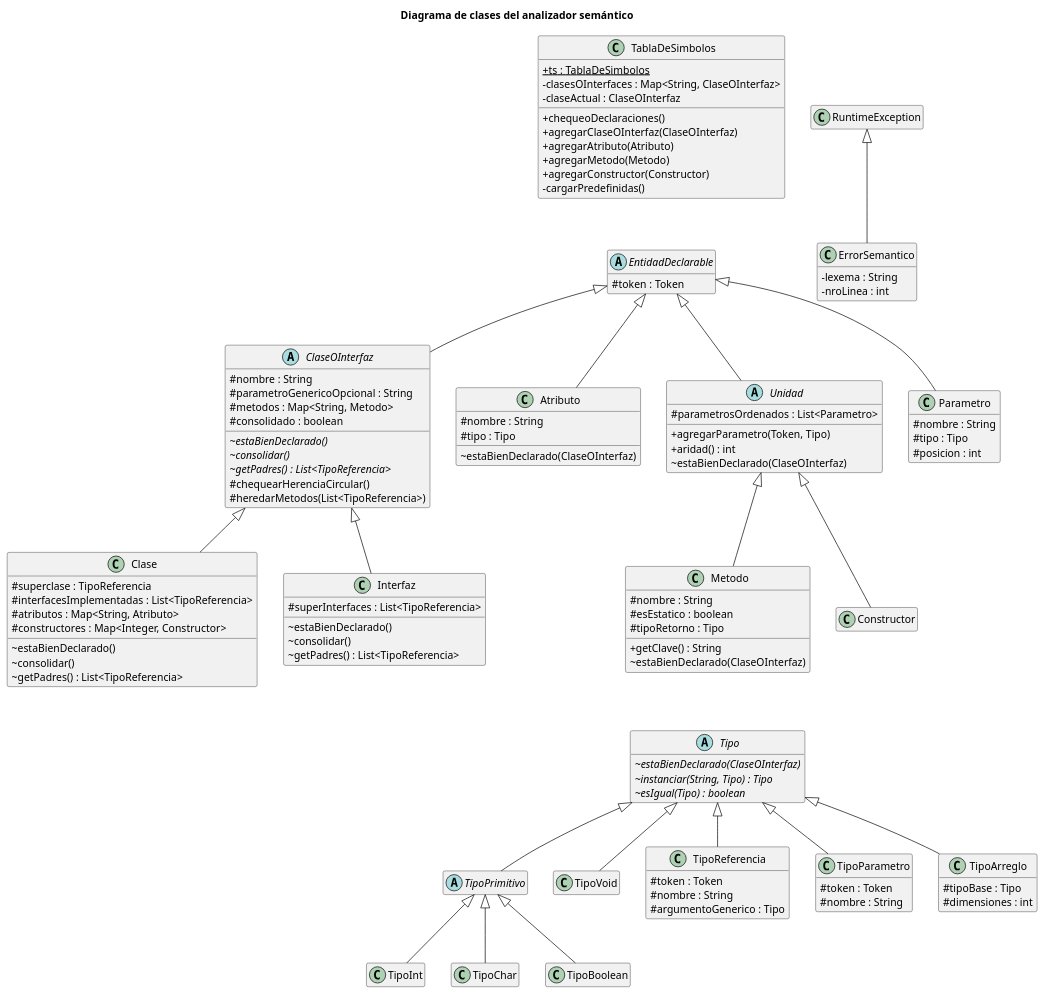
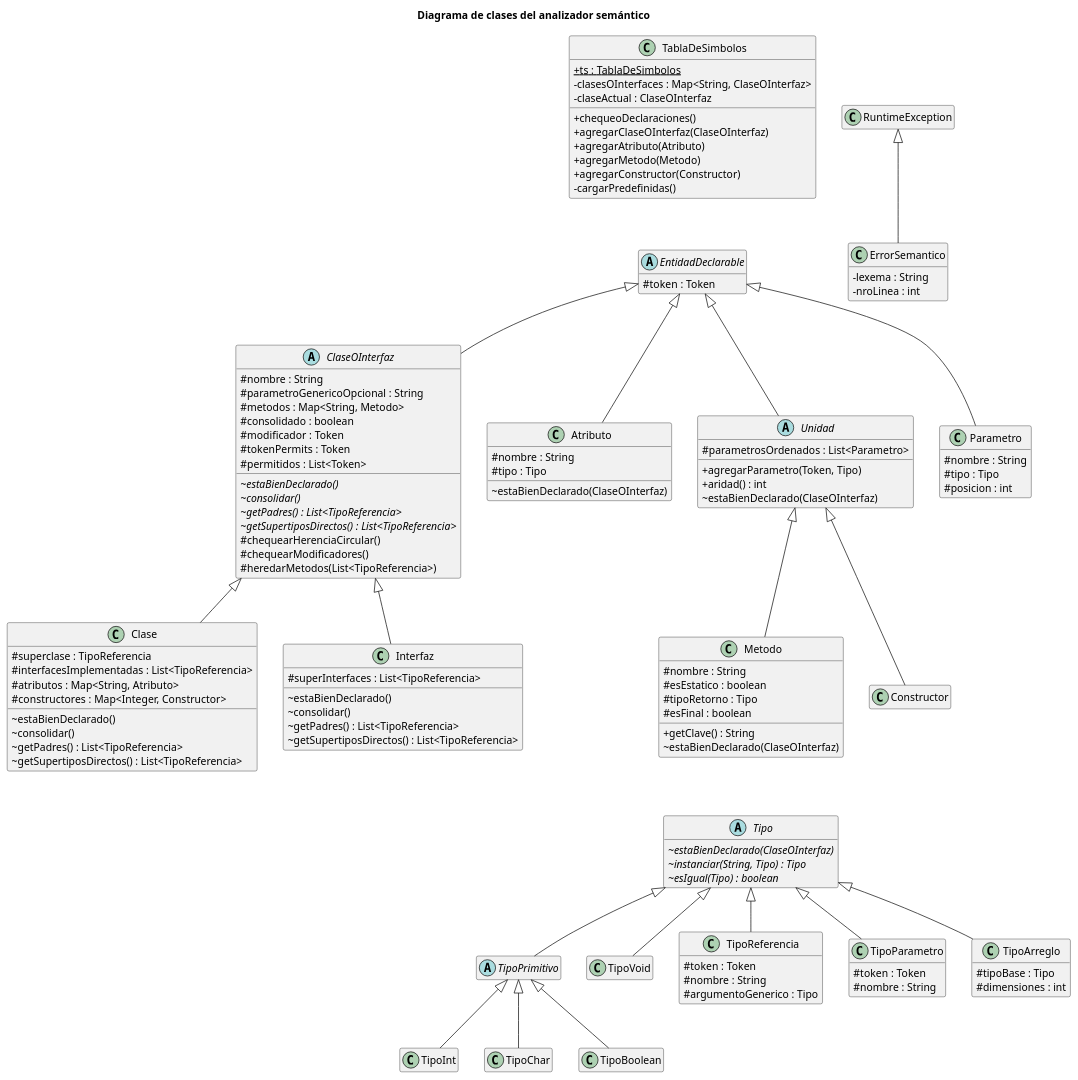
The diagram in docs/diagrama.puml (ciconid/compilador-mini-java), drawn with PlantUML before and after one commit. The commit also changed 3 other files, not shown here.

Commit message:
Actualizar logros, informe y diagrama de clases con el logro Sobrecarga E3

```diff
--- a/docs/diagrama.puml
+++ b/docs/diagrama.puml
@@ -1,142 +1,150 @@
 @startuml
 title Diagrama de clases del analizador semántico
 
 skinparam classAttributeIconSize 0
 hide empty members
 
 class TablaDeSimbolos {
     + {static} ts : TablaDeSimbolos
     - clasesOInterfaces : Map<String, ClaseOInterfaz>
     - claseActual : ClaseOInterfaz
     + chequeoDeclaraciones()
     + agregarClaseOInterfaz(ClaseOInterfaz)
     + agregarAtributo(Atributo)
     + agregarMetodo(Metodo)
     + agregarConstructor(Constructor)
     - cargarPredefinidas()
 }
 
 abstract class EntidadDeclarable {
     # token : Token
 }
 
 abstract class ClaseOInterfaz {
     # nombre : String
     # parametroGenericoOpcional : String
     # metodos : Map<String, Metodo>
     # consolidado : boolean
+    # modificador : Token
+    # tokenPermits : Token
+    # permitidos : List<Token>
     ~ {abstract} estaBienDeclarado()
     ~ {abstract} consolidar()
     ~ {abstract} getPadres() : List<TipoReferencia>
+    ~ {abstract} getSupertiposDirectos() : List<TipoReferencia>
     # chequearHerenciaCircular()
+    # chequearModificadores()
     # heredarMetodos(List<TipoReferencia>)
 }
 
 class Clase {
     # superclase : TipoReferencia
     # interfacesImplementadas : List<TipoReferencia>
     # atributos : Map<String, Atributo>
     # constructores : Map<Integer, Constructor>
     ~ estaBienDeclarado()
     ~ consolidar()
     ~ getPadres() : List<TipoReferencia>
+    ~ getSupertiposDirectos() : List<TipoReferencia>
 }
 
 class Interfaz {
     # superInterfaces : List<TipoReferencia>
     ~ estaBienDeclarado()
     ~ consolidar()
     ~ getPadres() : List<TipoReferencia>
+    ~ getSupertiposDirectos() : List<TipoReferencia>
 }
 
 class Atributo {
     # nombre : String
     # tipo : Tipo
     ~ estaBienDeclarado(ClaseOInterfaz)
 }
 
 abstract class Unidad {
     # parametrosOrdenados : List<Parametro>
     + agregarParametro(Token, Tipo)
     + aridad() : int
     ~ estaBienDeclarado(ClaseOInterfaz)
 }
 
 class Metodo {
     # nombre : String
     # esEstatico : boolean
     # tipoRetorno : Tipo
+    # esFinal : boolean
     + getClave() : String
     ~ estaBienDeclarado(ClaseOInterfaz)
 }
 
 class Constructor
 
 class Parametro {
     # nombre : String
     # tipo : Tipo
     # posicion : int
 }
 
 abstract class Tipo {
     ~ {abstract} estaBienDeclarado(ClaseOInterfaz)
     ~ {abstract} instanciar(String, Tipo) : Tipo
     ~ {abstract} esIgual(Tipo) : boolean
 }
 
 abstract class TipoPrimitivo
 class TipoInt
 class TipoChar
 class TipoBoolean
 class TipoVoid
 
 class TipoReferencia {
     # token : Token
     # nombre : String
     # argumentoGenerico : Tipo
 }
 
 class TipoParametro {
     # token : Token
     # nombre : String
 }
 
 class TipoArreglo {
     # tipoBase : Tipo
     # dimensiones : int
 }
 
 class RuntimeException
 
 class ErrorSemantico {
     - lexema : String
     - nroLinea : int
 }
 
 ' Herencia
 EntidadDeclarable <|-- ClaseOInterfaz
 EntidadDeclarable <|-- Atributo
 EntidadDeclarable <|-- Unidad
 EntidadDeclarable <|-- Parametro
 ClaseOInterfaz <|-- Clase
 ClaseOInterfaz <|-- Interfaz
 Unidad <|-- Metodo
 Unidad <|-- Constructor
 
 Tipo <|-- TipoPrimitivo
 Tipo <|-- TipoVoid
 Tipo <|-- TipoReferencia
 Tipo <|-- TipoParametro
 Tipo <|-- TipoArreglo
 TipoPrimitivo <|-- TipoInt
 TipoPrimitivo <|-- TipoChar
 TipoPrimitivo <|-- TipoBoolean
 
 RuntimeException <|-- ErrorSemantico
 
 ' Disposición vertical
 TablaDeSimbolos -[hidden]right- RuntimeException
 TablaDeSimbolos -[hidden]down- EntidadDeclarable
 Metodo -[hidden]down- Tipo
 
 @enduml
```
